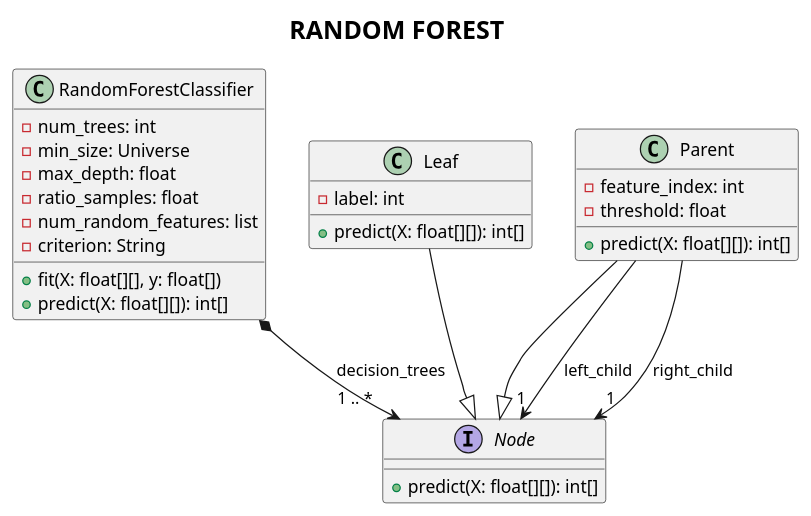
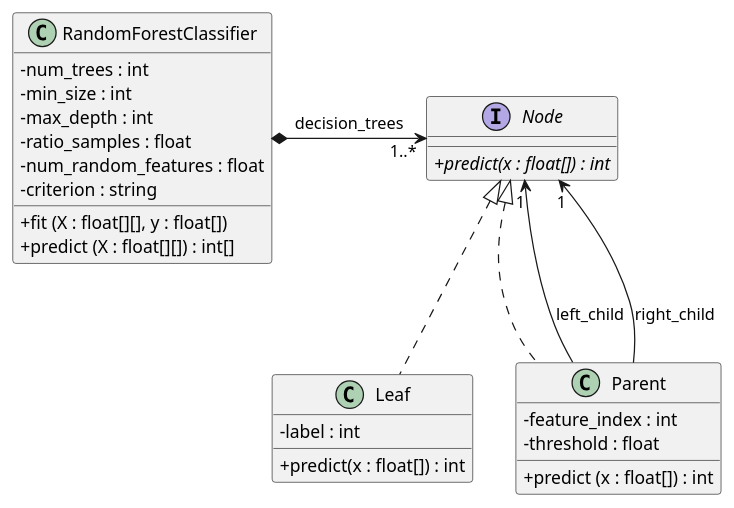
Before and after one commit to NIU1750517/POO_practica: the diagram in Milestone1/diagrama1.puml, drawn with PlantUML. The commit also changed 2 other files, not shown here.

```diff
--- a/Milestone1/diagrama1.puml
+++ b/Milestone1/diagrama1.puml
@@ -1,42 +1,45 @@
-@startuml Diagrama Practica
+@startuml
+'https://plantuml.com/class-diagram
 
-title RANDOM FOREST
-skinparam titleFontStyle bold
-skinparam titleFontSize 20
+' - added class Criterion and derivatives that contains what's common of all
+'   criteria, before in RandomForestClassifier
+
+skinparam classAttributeIconSize 0
+skinparam noteFontSize 11
+'skinparam linetype ortho
+'skinparam linetype polyline
 
 class RandomForestClassifier {
-    -num_trees: int
-    -min_size: Universe
-    -max_depth: float
-    -ratio_samples: float
-    -num_random_features: list
-    -criterion: String
-
-    +fit(X: float[][], y: float[])
-    +predict(X: float[][]): int[]
+- num_trees : int
+- min_size : int
+- max_depth : int
+- ratio_samples : float
+- num_random_features : float
+- criterion : string
++ fit (X : float[][], y : float[])
++ predict (X : float[][]) : int[]
 }
 
 interface Node {
-    +predict(X: float[][]): int[]
++ {abstract} predict(x : float[]) : int
 }
 
-class Leaf {
-    -label: int
-
-    +predict(X: float[][]): int[]
+class Leaf implements Node {
+- label : int
++ predict(x : float[]) : int
 }
 
-class Parent {
-    -feature_index: int
-    -threshold: float
-
-    +predict(X: float[][]): int[]
+class Parent implements Node {
+- feature_index : int
+- threshold : float
++ predict (x : float[]) : int
 }
 
-RandomForestClassifier *-->"1 .. * " Node: decision_trees
-Leaf --|> Node
-Parent --|> Node
-Parent -->"1" Node: left_child
-Parent -->"1" Node: right_child
+' associacions
+RandomForestClassifier *-right-> "1..*" Node : decision_trees
+Parent -down-> "1" Node : left_child
+Parent -down-> "1" Node : right_child
 
+' positionament
+'RandomForestClassifier -[hidden]-> Node
 @enduml
```
